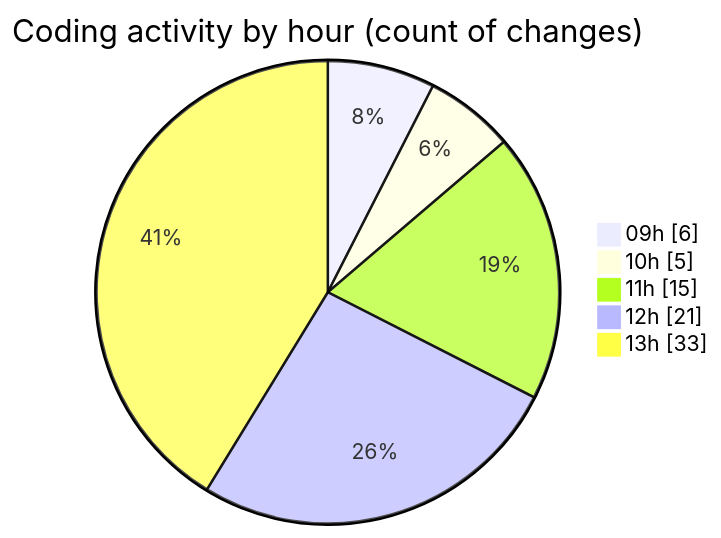
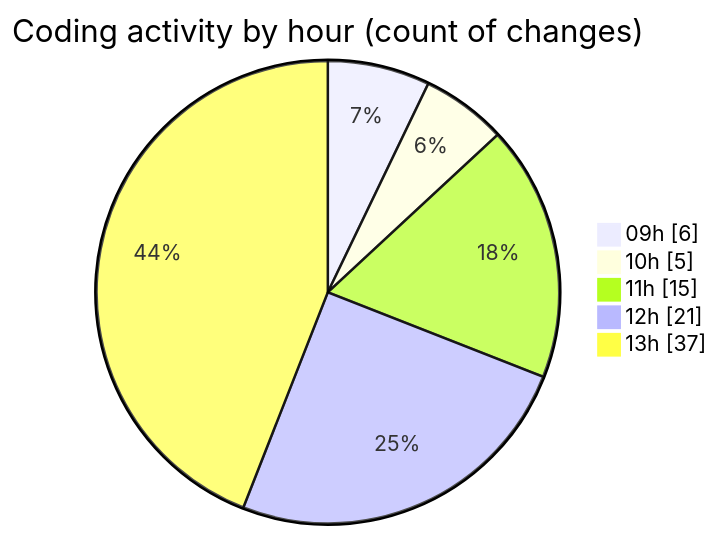
Before and after one commit to momahboobian/code-tracking: the second of 2 diagrams in 2025-10-02/cda/README.md, drawn with Mermaid. The commit also changed other lines of this file and 1 other file, not shown here.

````diff
--- a/2025-10-02/cda/README.md
+++ b/2025-10-02/cda/README.md
@@ -40,9 +40,9 @@
 ```mermaid
 pie showData
 title Coding activity by hour (count of changes)
 "09h" : 6
 "10h" : 5
 "11h" : 15
 "12h" : 21
-"13h" : 33
+"13h" : 37
 ```
````
